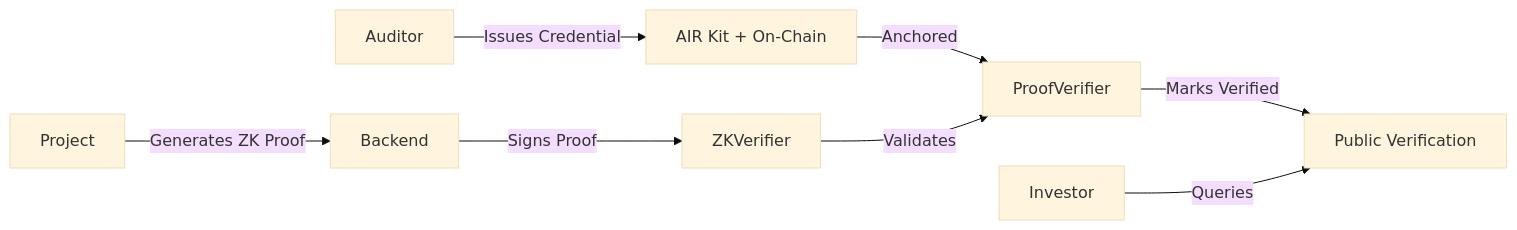
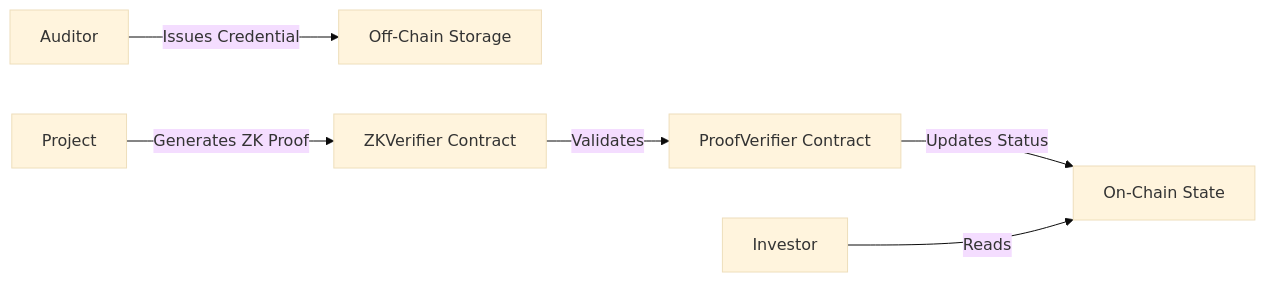
The diagram in README.md (ayushsaklani-min/polyverify), drawn with Mermaid (base theme) before and after one commit. The commit also changed other lines of this file and 7 other files, not shown here.

````diff
--- a/README.md
+++ b/README.md
@@ -46,10 +75,8 @@
 ```mermaid
 graph LR
-    A[Auditor] -->|Issues Credential| B[AIR Kit + On-Chain]
-    B -->|Anchored| C[ProofVerifier]
-    D[Project] -->|Generates ZK Proof| E[Backend]
-    E -->|Signs Proof| F[ZKVerifier]
-    F -->|Validates| C
-    C -->|Marks Verified| G[Public Verification]
-    H[Investor] -->|Queries| G
+    A[Auditor] -->|Issues Credential| B[Off-Chain Storage]
+    D[Project] -->|Generates ZK Proof| E[ZKVerifier Contract]
+    E -->|Validates| F[ProofVerifier Contract]
+    F -->|Updates Status| G[On-Chain State]
+    H[Investor] -->|Reads| G
 ```
````
